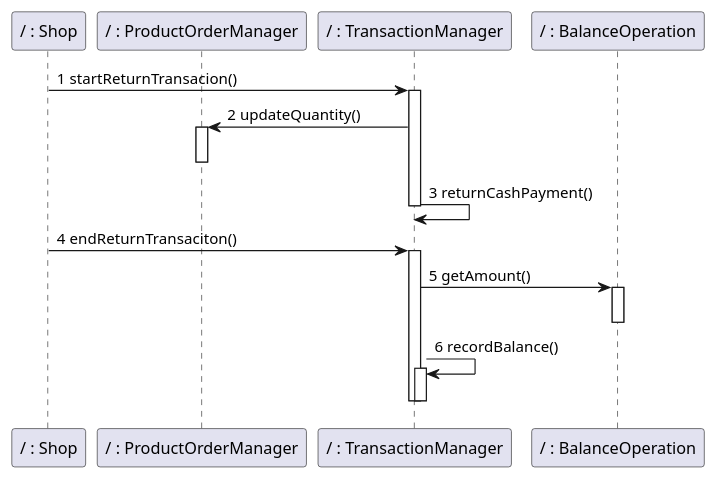
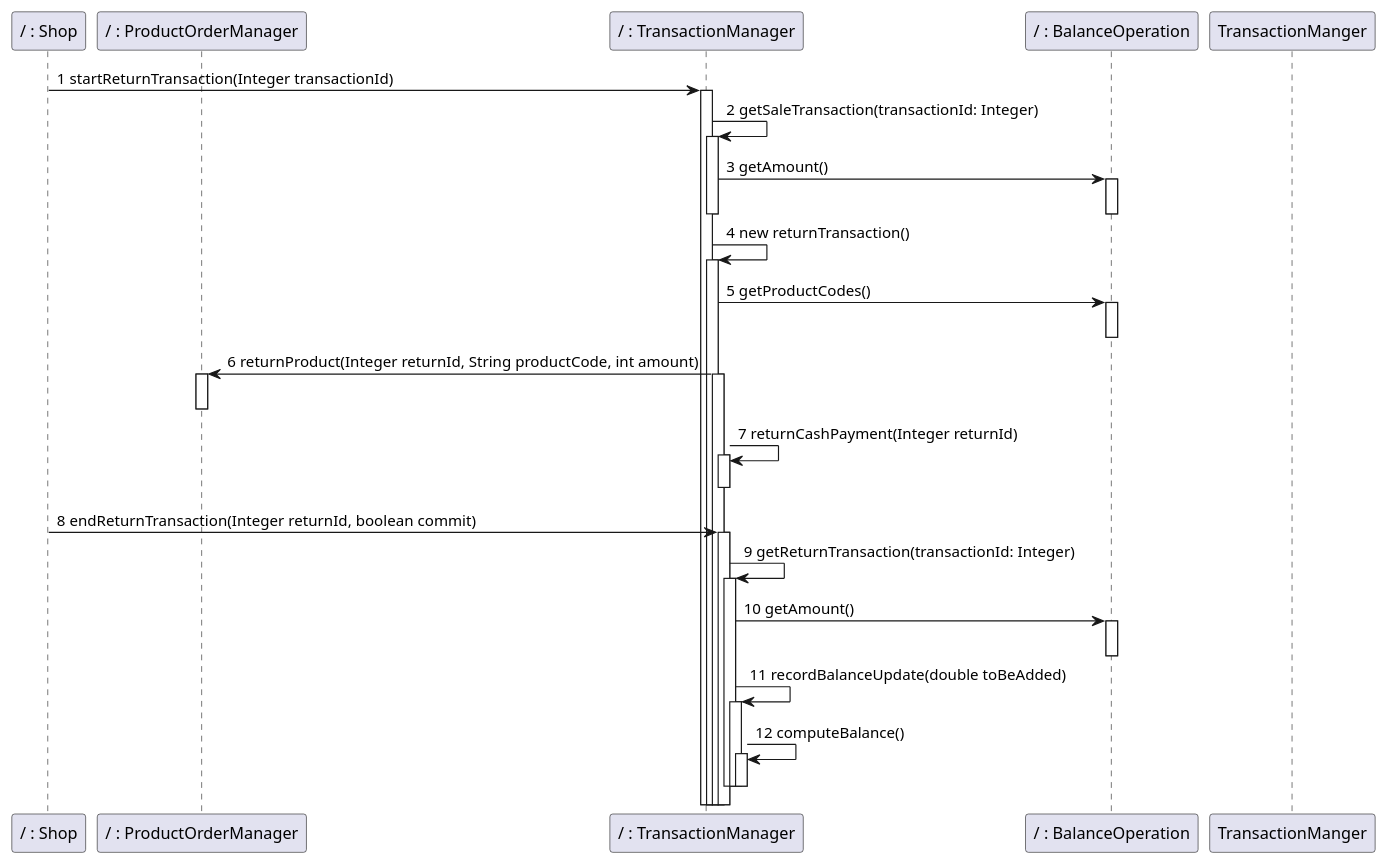
Before and after one commit to nicolabattaglino/ezshop: diagram 31 of 34 in Deliverables/DesignDocument.md, drawn with PlantUML. The commit also changed other lines of this file, not shown here.

````diff
--- a/Deliverables/DesignDocument.md
+++ b/Deliverables/DesignDocument.md
@@ -1543,25 +1561,45 @@
 ```plantuml
 @startuml
 
 participant "/ : Shop" as Shop
 participant "/ : ProductOrderManager" as ProductOrderManager
 participant "/ : TransactionManager" as TransactionManager
 participant "/ : BalanceOperation" as BalanceOperation
-Shop -> TransactionManager:1 startReturnTransacion()
+Shop -> TransactionManager:1 startReturnTransaction(Integer transactionId)
 activate TransactionManager
-TransactionManager -> ProductOrderManager:2 updateQuantity()
+TransactionManager -> TransactionManager:2 getSaleTransaction(transactionId: Integer)
+activate TransactionManager
+TransactionManager -> BalanceOperation :3 getAmount()
+activate BalanceOperation
+deactivate BalanceOperation
+deactivate TransactionManager
+TransactionManager -> TransactionManager:4 new returnTransaction()
+activate TransactionManager
+TransactionManager -> BalanceOperation :5 getProductCodes()
+activate BalanceOperation
+deactivate BalanceOperation
+TransactionManager -> ProductOrderManager:6 returnProduct(Integer returnId, String productCode, int amount)
 activate ProductOrderManager
 deactivate ProductOrderManager
-TransactionManager -> TransactionManager:3 returnCashPayment()
+activate TransactionManager
+TransactionManager -> TransactionManager:7 returnCashPayment(Integer returnId)
+activate TransactionManager
 deactivate TransactionManager 
-Shop -> TransactionManager:4 endReturnTransaciton()
+Shop -> TransactionManager:8 endReturnTransaction(Integer returnId, boolean commit)
 activate TransactionManager
-TransactionManager-> BalanceOperation:5 getAmount()
+TransactionManager -> TransactionManager:9 getReturnTransaction(transactionId: Integer)
+activate TransactionManager
+TransactionManager -> BalanceOperation :10 getAmount()
 activate BalanceOperation
 deactivate BalanceOperation
-TransactionManager -> TransactionManager:6 recordBalance() 
+deactivate TransactionManger 
+TransactionManager -> TransactionManager:11 recordBalanceUpdate(double toBeAdded)
+activate TransactionManager
+TransactionManager -> TransactionManager:12 computeBalance()
 activate TransactionManager
 deactivate TransactionManager
+deactivate TransactionManager
 deactivate TransactionManager 
+
 @enduml
 ```
````
